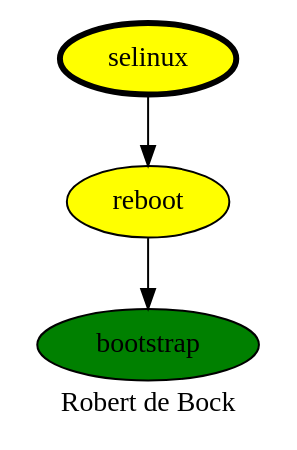
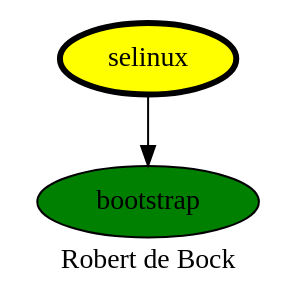
The diagram in selinux.dot (robertdebock/drawings), drawn with Graphviz before and after one commit. The commit also changed 1 other file, not shown here.

Commit message:
SELinux, not depending on ansible-role-reboot.

```diff
--- a/selinux.dot
+++ b/selinux.dot
@@ -1,11 +1,9 @@
 digraph PhiloDilemma {
   label = "Robert de Bock" ;
   overlap=false
   {
     bootstrap [fillcolor=green style=filled]
-    reboot [fillcolor=yellow style=filled]
     selinux [fillcolor=yellow style=filled penwidth=3]
   }
-  reboot -> bootstrap
-  selinux -> reboot
+  selinux -> bootstrap
 }
```
